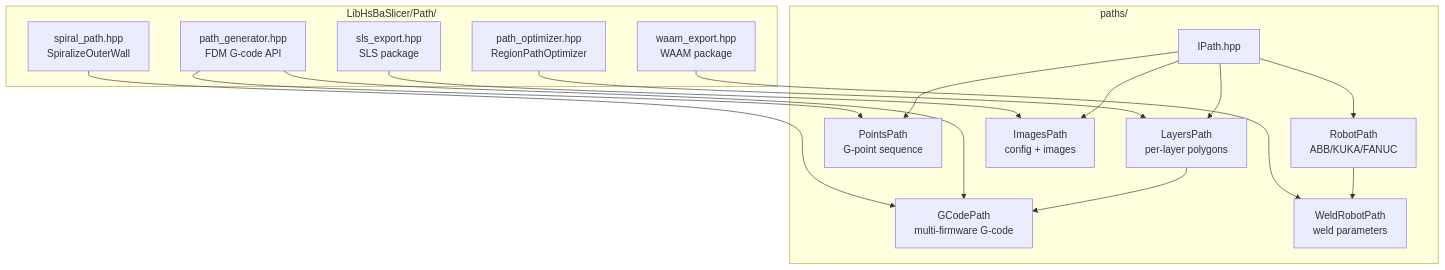
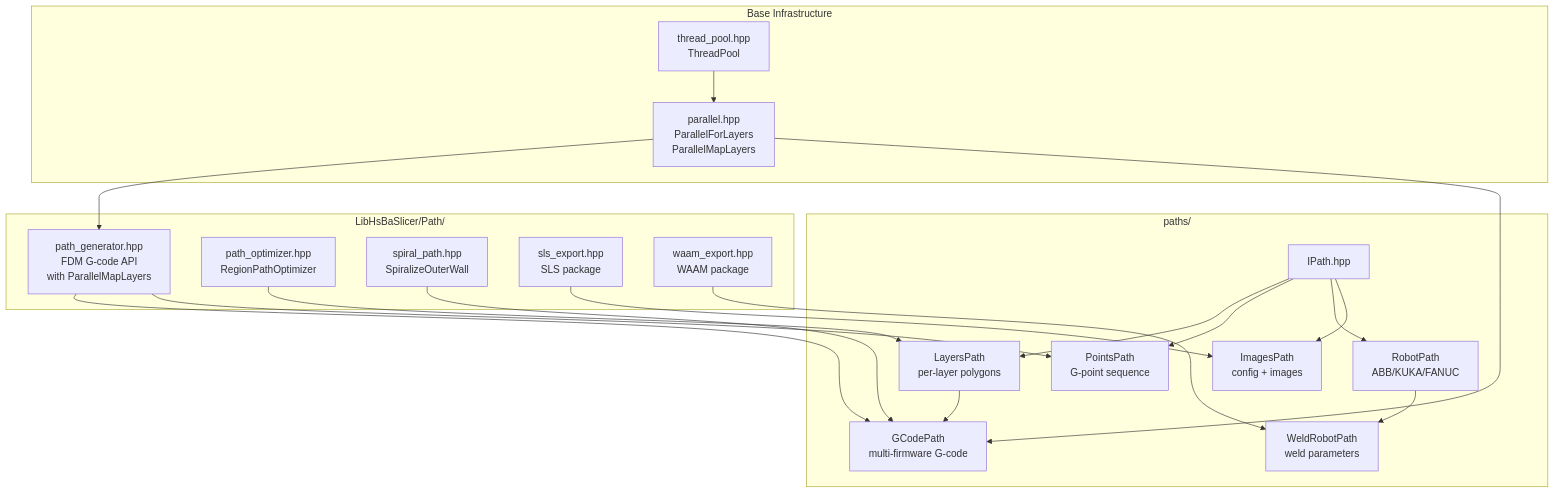
The first of 13 diagrams in .qoder/repowiki/en/content/Core Modules/Path Generation (paths_, LibHsBaSlicer_Path_)/Path Generation (paths_, LibHsBaSlicer_Path_).md (hsmbanlance/HsBaSlicer), drawn with Mermaid before and after one commit. The commit also changed other lines of this file and 365 other files, not shown here.

````diff
--- a/.qoder/repowiki/en/content/Core Modules/Path Generation (paths_, LibHsBaSlicer_Path_)/Path Generation (paths_, LibHsBaSlicer_Path_).md
+++ b/.qoder/repowiki/en/content/Core Modules/Path Generation (paths_, LibHsBaSlicer_Path_)/Path Generation (paths_, LibHsBaSlicer_Path_).md
@@ -56,31 +69,38 @@
 ```mermaid
 graph TB
 subgraph "paths/"
 IP["IPath.hpp"]
 LP["LayersPath<br/>per-layer polygons"]
 PP["PointsPath<br/>G-point sequence"]
 GP["GCodePath<br/>multi-firmware G-code"]
 RP["RobotPath<br/>ABB/KUKA/FANUC"]
 WRP["WeldRobotPath<br/>weld parameters"]
 IMP["ImagesPath<br/>config + images"]
 end
 subgraph "LibHsBaSlicer/Path/"
-PG["path_generator.hpp<br/>FDM G-code API"]
+PG["path_generator.hpp<br/>FDM G-code API<br/>with ParallelMapLayers"]
 PO["path_optimizer.hpp<br/>RegionPathOptimizer"]
 SP["spiral_path.hpp<br/>SpiralizeOuterWall"]
 SLSE["sls_export.hpp<br/>SLS package"]
 WAE["waam_export.hpp<br/>WAAM package"]
+end
+subgraph "Base Infrastructure"
+PPH["parallel.hpp<br/>ParallelForLayers<br/>ParallelMapLayers"]
+TPH["thread_pool.hpp<br/>ThreadPool"]
 end
 IP --> LP
 IP --> PP
 IP --> RP
 IP --> IMP
 LP --> GP
 RP --> WRP
 PG --> GP
 PG --> PP
 PO --> LP
 SP --> GP
 SLSE --> IMP
 WAE --> WRP
+PPH --> PG
+PPH --> GP
+TPH --> PPH
 ```
````
